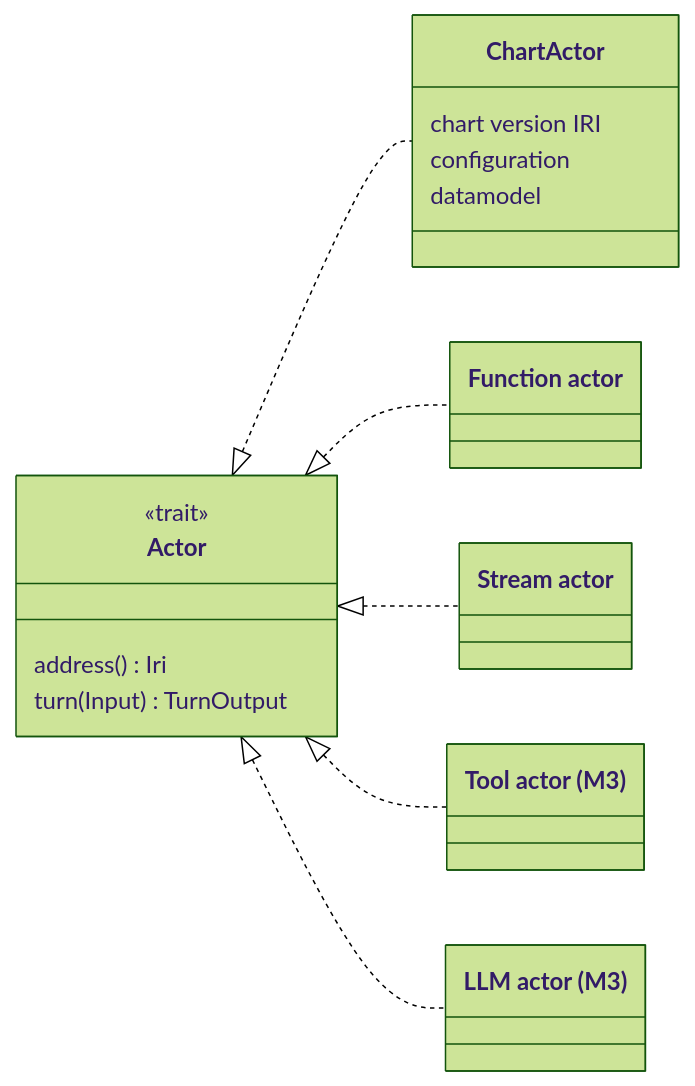
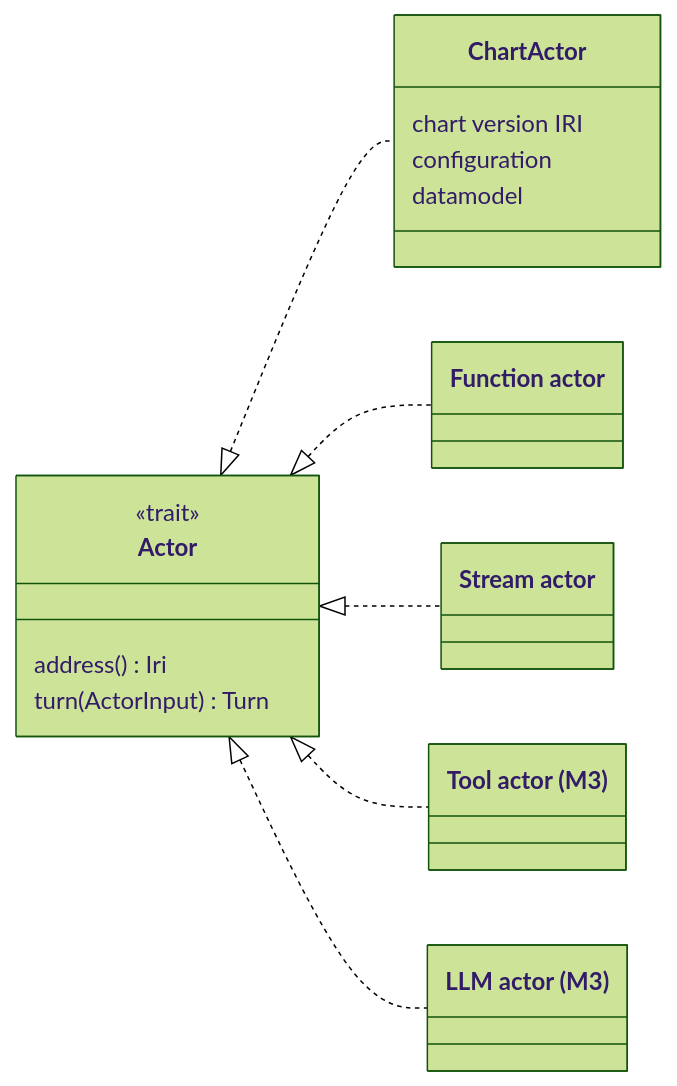
The second of 13 diagrams in tg.md/views/runtime.md (Volland/vertep), drawn with Mermaid (forest theme) before and after one commit. The commit also changed other lines of this file and 9 other files, not shown here.

First line of the commit message:
Bring the architecture views in line with the code

````diff
--- a/tg.md/views/runtime.md
+++ b/tg.md/views/runtime.md
@@ -68,23 +76,23 @@
 ```mermaid
 classDiagram
     direction LR
     class Actor {
         <<trait>>
         address() Iri
-        turn(Input) TurnOutput
+        turn(ActorInput) Turn
     }
     class ChartActor {
         chart version IRI
         configuration
         datamodel
     }
     class FnActor["Function actor"]
     class StreamActor["Stream actor"]
     class ToolActor["Tool actor (M3)"]
     class LlmActor["LLM actor (M3)"]
     Actor <|.. ChartActor
     Actor <|.. FnActor
     Actor <|.. StreamActor
     Actor <|.. ToolActor
     Actor <|.. LlmActor
 ```
````
